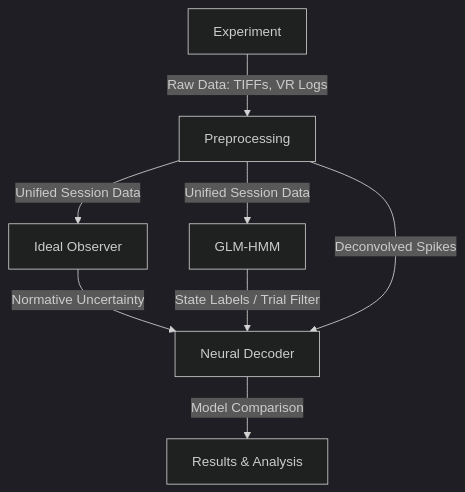
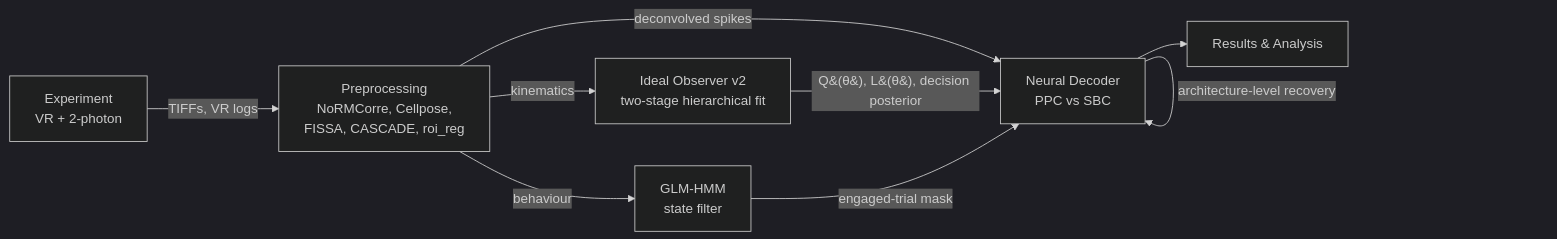
One commit to ThalionA/UncertaintyV1Project changed the diagram in wiki/Home.md. Above: the diagram before and after it, drawn with Mermaid (dark theme). The commit also changed other lines of this file and 4 other files, not shown here.

````diff
--- a/wiki/Home.md
+++ b/wiki/Home.md
@@ -13,10 +18,11 @@
 ```mermaid
-graph TD
-    A[Experiment] -->|Raw Data: TIFFs, VR Logs| B[Preprocessing]
-    B -->|Unified Session Data| C[Ideal Observer]
-    B -->|Unified Session Data| D[GLM-HMM]
-    C -->|Normative Uncertainty| E[Neural Decoder]
-    D -->|State Labels / Trial Filter| E
-    B -->|Deconvolved Spikes| E
-    E -->|Model Comparison| F[Results & Analysis]
+graph LR
+    A[Experiment<br/>VR + 2-photon] -->|TIFFs, VR logs| B[Preprocessing<br/>NoRMCorre, Cellpose,<br/>FISSA, CASCADE, roi_reg]
+    B -->|kinematics| C[Ideal Observer v2<br/>two-stage hierarchical fit]
+    B -->|deconvolved spikes| E
+    B -->|behaviour| D[GLM-HMM<br/>state filter]
+    C -->|Q&#40;θ&#41;, L&#40;θ&#41;, decision posterior| E[Neural Decoder<br/>PPC vs SBC]
+    D -->|engaged-trial mask| E
+    E -->|architecture-level recovery| E
+    E --> F[Results & Analysis]
 ```
````
